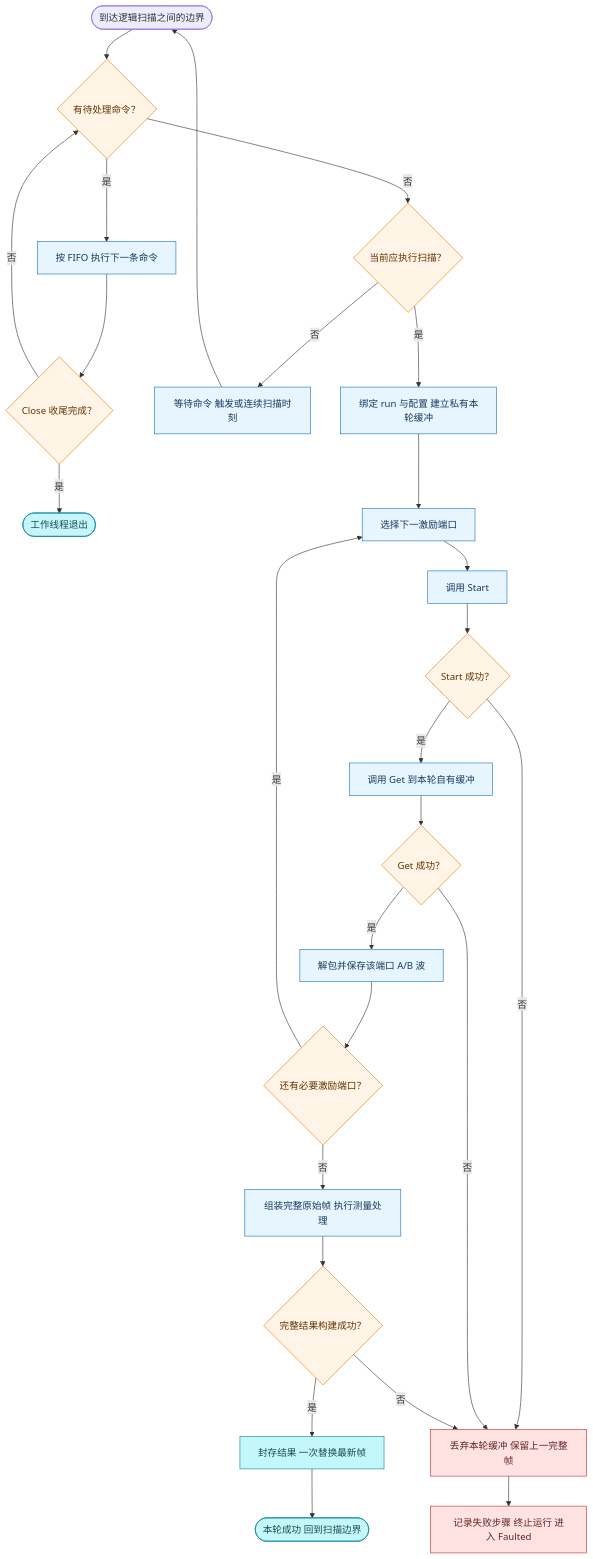
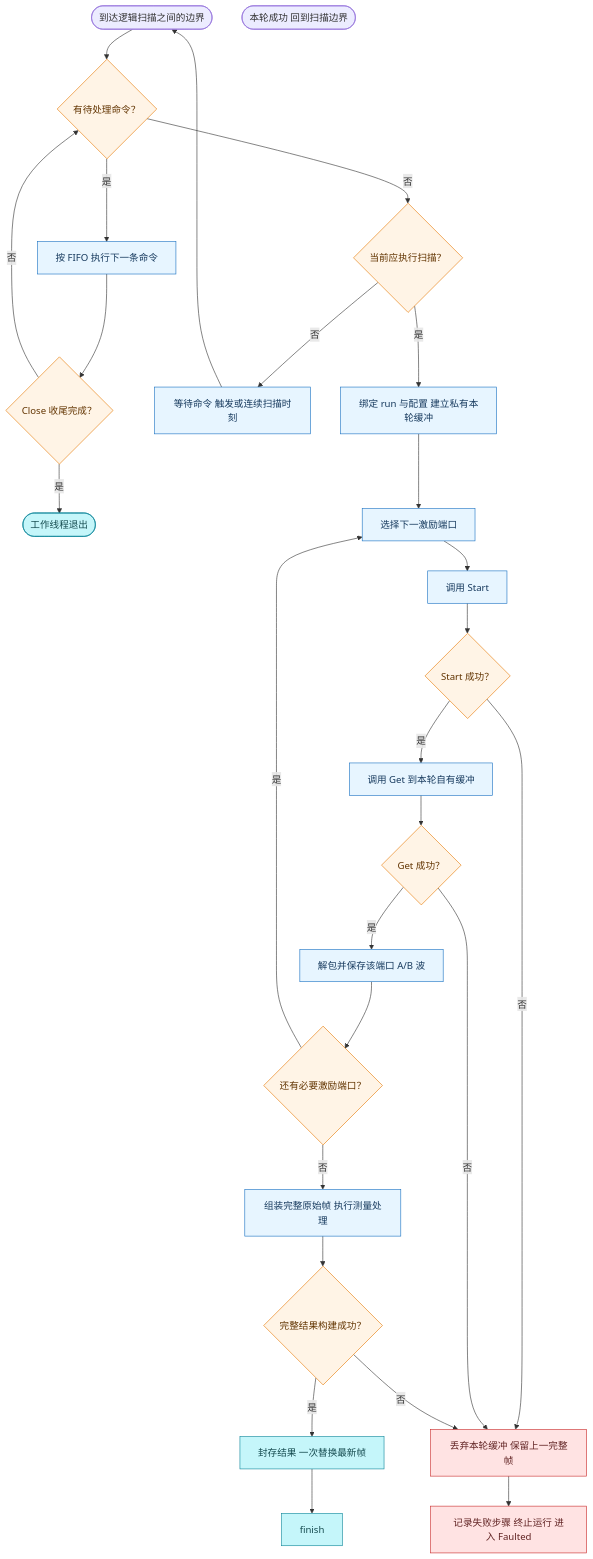
Before and after one commit to aniping/VnaPro: the fifth of 6 diagrams in docs/网分核心采数更新软件设计.md, drawn with Mermaid. The commit also changed other lines of this file and 8 other files, not shown here.

````diff
--- a/docs/网分核心采数更新软件设计.md
+++ b/docs/网分核心采数更新软件设计.md
@@ -370,48 +373,48 @@
 ```mermaid
 flowchart TB
     begin(["到达逻辑扫描之间的边界"])
     pending{"有待处理命令？"}
     execute["按 FIFO 执行下一条命令"]
     closing{"Close 收尾完成？"}
     exit(["工作线程退出"])
     allowed{"当前应执行扫描？"}
     wait["等待命令 触发或连续扫描时刻"]
     freeze["绑定 run 与配置 建立私有本轮缓冲"]
     port["选择下一激励端口"]
     start["调用 Start"]
     startOk{"Start 成功？"}
     get["调用 Get 到本轮自有缓冲"]
     getOk{"Get 成功？"}
     unpack["解包并保存该端口 A/B 波"]
     more{"还有必要激励端口？"}
     process["组装完整原始帧 执行测量处理"]
     complete{"完整结果构建成功？"}
     publish["封存结果 一次替换最新帧"]
-    finish(["本轮成功 回到扫描边界"])
+    Finish(["本轮成功 回到扫描边界"])
     failed["丢弃本轮缓冲 保留上一完整帧"]
     fault["记录失败步骤 终止运行 进入 Faulted"]
     begin --> pending
     pending -->|是| execute --> closing
     closing -->|是| exit
     closing -->|否| pending
     pending -->|否| allowed
     allowed -->|否| wait --> begin
     allowed -->|是| freeze --> port --> start --> startOk
     startOk -->|是| get --> getOk
     startOk -->|否| failed
     getOk -->|是| unpack --> more
     getOk -->|否| failed
     more -->|是| port
     more -->|否| process --> complete
     complete -->|是| publish --> finish
     complete -->|否| failed
     failed --> fault
     classDef action fill:#e7f5ff,stroke:#1971c2,color:#173a5e;
     classDef decision fill:#fff4e6,stroke:#e67700,color:#623400;
     classDef output fill:#c5f6fa,stroke:#0c8599,color:#164c50;
     classDef failure fill:#ffe3e3,stroke:#c92a2a,color:#612323;
     class execute,wait,freeze,port,start,get,unpack,process action;
     class pending,closing,allowed,startOk,getOk,more,complete decision;
     class publish,finish,exit output;
     class failed,fault failure;
 ```
````
